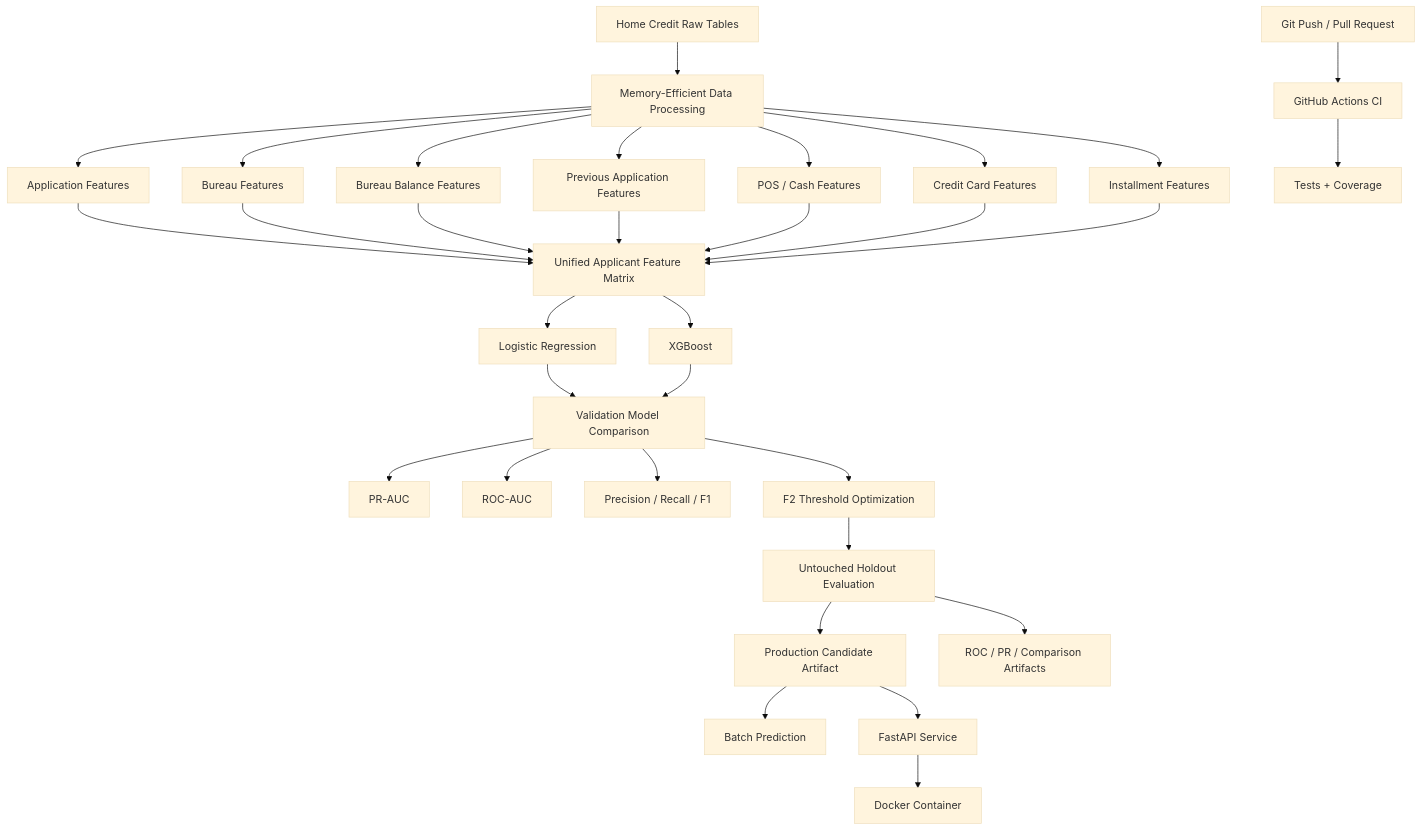
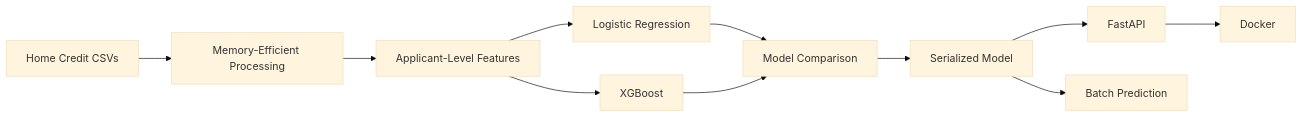
The diagram in README.md (rc-mathew/Home_Loan_Default_ML), drawn with Mermaid (base theme) before and after one commit. The commit also changed other lines of this file, not shown here.

````diff
--- a/README.md
+++ b/README.md
@@ -135,46 +76,13 @@
 ```mermaid
-flowchart TD
-
-    A[Home Credit Raw Tables] --> B[Memory-Efficient Data Processing]
-
-    B --> C1[Application Features]
-    B --> C2[Bureau Features]
-    B --> C3[Bureau Balance Features]
-    B --> C4[Previous Application Features]
-    B --> C5[POS / Cash Features]
-    B --> C6[Credit Card Features]
-    B --> C7[Installment Features]
-
-    C1 --> D[Unified Applicant Feature Matrix]
-    C2 --> D
-    C3 --> D
-    C4 --> D
-    C5 --> D
-    C6 --> D
-    C7 --> D
-
-    D --> E1[Logistic Regression]
-    D --> E2[XGBoost]
-
-    E1 --> F[Validation Model Comparison]
-    E2 --> F
-
-    F --> F1[PR-AUC]
-    F --> F2[ROC-AUC]
-    F --> F3[Precision / Recall / F1]
-
-    F --> G[F2 Threshold Optimization]
-    G --> H[Untouched Holdout Evaluation]
-
-    H --> I[Production Candidate Artifact]
-
-    I --> J1[Batch Prediction]
-    I --> J2[FastAPI Service]
-
-    J2 --> K[Docker Container]
-
-    L[Git Push / Pull Request] --> M[GitHub Actions CI]
-    M --> N[Tests + Coverage]
-
-    H --> O[ROC / PR / Comparison Artifacts]
+flowchart LR
+    A[Home Credit CSVs] --> B[Memory-Efficient Processing]
+    B --> C[Applicant-Level Features]
+    C --> D1[Logistic Regression]
+    C --> D2[XGBoost]
+    D1 --> E[Model Comparison]
+    D2 --> E
+    E --> F[Serialized Model]
+    F --> G1[FastAPI]
+    F --> G2[Batch Prediction]
+    G1 --> H[Docker]
 ```
````
